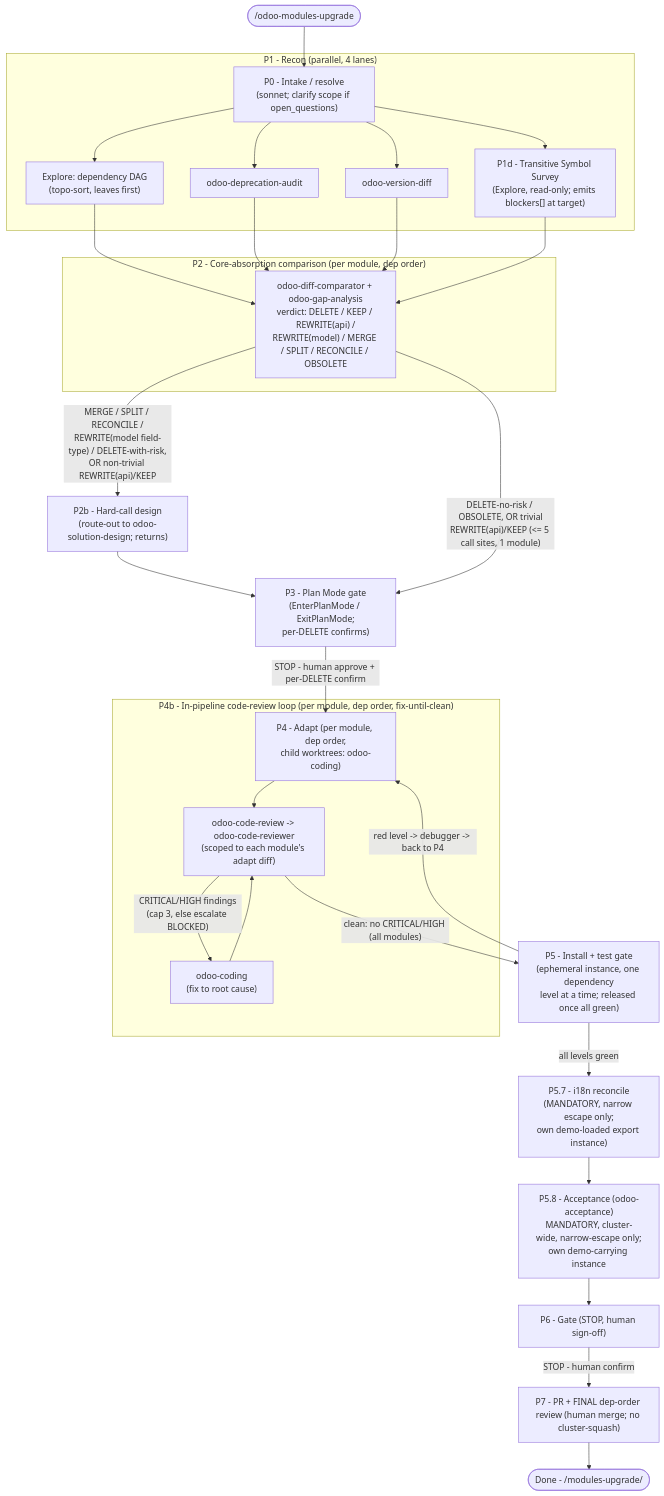
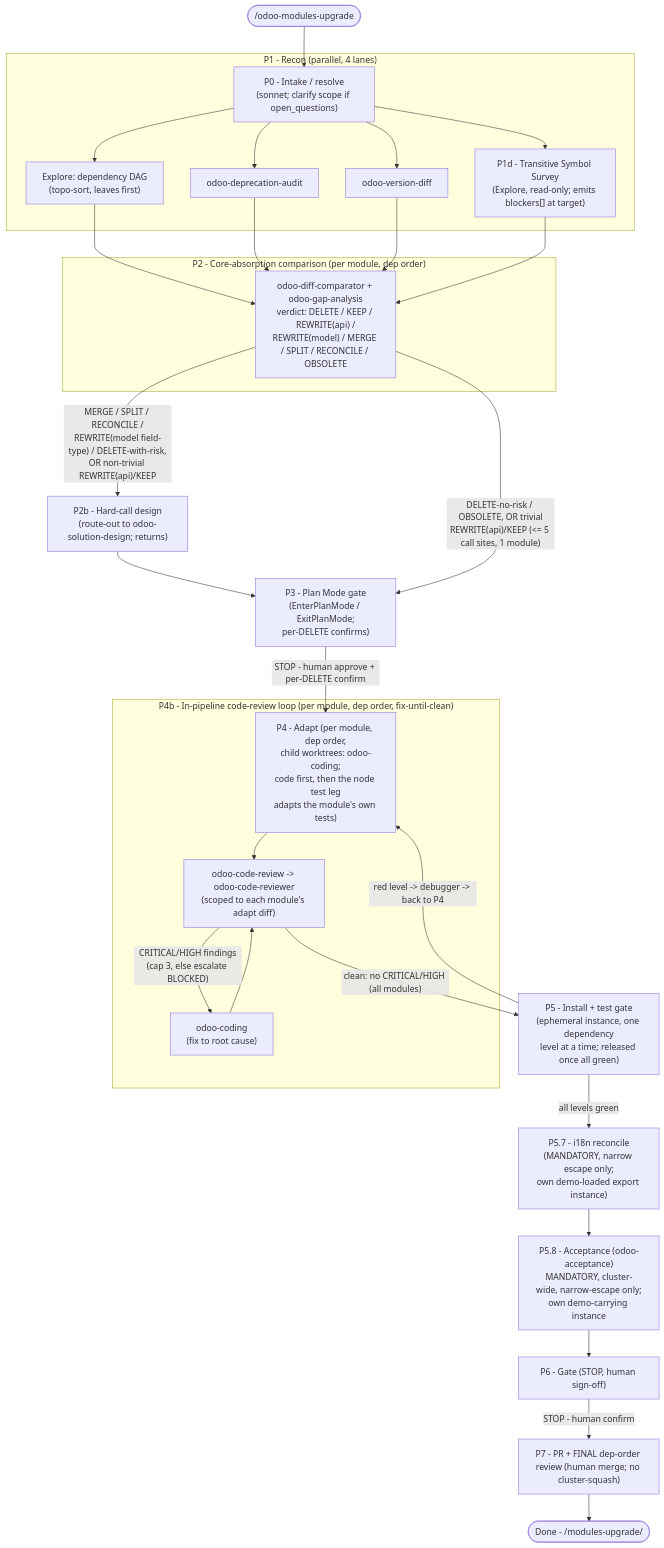
One commit to Viindoo/odoo-mcp-client changed the seventh of 9 diagrams in plugins/odoo-ai-agents/README.md. Above: the diagram before and after it, drawn with Mermaid. The commit also changed other lines of this file and 13 other files, not shown here.

First line of the commit message:
docs(odoo-ai-agents): describe the code-then-test leg and launch rule

````diff
--- a/plugins/odoo-ai-agents/README.md
+++ b/plugins/odoo-ai-agents/README.md
@@ -536,38 +551,38 @@
 ```mermaid
 flowchart TD
     START(["/odoo-modules-upgrade"])
     START --> P0["P0 - Intake / resolve<br/>(sonnet; clarify scope if open_questions)"]
 
     subgraph P1_grp["P1 - Recon (parallel, 4 lanes)"]
         P0 --> R1["Explore: dependency DAG<br/>(topo-sort, leaves first)"]
         P0 --> R2["odoo-deprecation-audit"]
         P0 --> R3["odoo-version-diff"]
         P0 --> R4["P1d - Transitive Symbol Survey<br/>(Explore, read-only; emits blockers[] at target)"]
     end
 
     subgraph P2_grp["P2 - Core-absorption comparison (per module, dep order)"]
         R1 --> CMP["odoo-diff-comparator + odoo-gap-analysis<br/>verdict: DELETE / KEEP / REWRITE(api) /<br/>REWRITE(model) / MERGE / SPLIT / RECONCILE / OBSOLETE"]
     end
     R2 --> CMP
     R3 --> CMP
     R4 --> CMP
 
     CMP -->|"MERGE / SPLIT / RECONCILE /<br/>REWRITE(model field-type) / DELETE-with-risk,<br/>OR non-trivial REWRITE(api)/KEEP"| P2b["P2b - Hard-call design<br/>(route-out to odoo-solution-design; returns)"]
     P2b --> P3_gate
     CMP -->|"DELETE-no-risk / OBSOLETE, OR trivial<br/>REWRITE(api)/KEEP (<= 5 call sites, 1 module)"| P3_gate["P3 - Plan Mode gate<br/>(EnterPlanMode / ExitPlanMode;<br/>per-DELETE confirms)"]
-    P3_gate -->|"STOP - human approve + per-DELETE confirm"| P4["P4 - Adapt (per module, dep order,<br/>child worktrees: odoo-coding)"]
+    P3_gate -->|"STOP - human approve + per-DELETE confirm"| P4["P4 - Adapt (per module, dep order,<br/>child worktrees: odoo-coding;<br/>code first, then the node test leg<br/>adapts the module's own tests)"]
 
     subgraph P4b_grp["P4b - In-pipeline code-review loop (per module, dep order, fix-until-clean)"]
         P4 --> RV["odoo-code-review -> odoo-code-reviewer<br/>(scoped to each module's adapt diff)"]
         RV -->|"CRITICAL/HIGH findings<br/>(cap 3, else escalate BLOCKED)"| FX["odoo-coding<br/>(fix to root cause)"]
         FX --> RV
     end
 
     RV -->|"clean: no CRITICAL/HIGH (all modules)"| P5["P5 - Install + test gate<br/>(ephemeral instance, one dependency<br/>level at a time; released once all green)"]
     P5 -->|"red level -> debugger -> back to P4"| P4
     P5 -->|"all levels green"| P57["P5.7 - i18n reconcile<br/>(MANDATORY, narrow escape only;<br/>own demo-loaded export instance)"]
     P57 --> P58["P5.8 - Acceptance (odoo-acceptance)<br/>MANDATORY, cluster-wide, narrow-escape only;<br/>own demo-carrying instance"]
     P58 --> P6["P6 - Gate (STOP, human sign-off)"]
     P6 -->|"STOP - human confirm"| P7["P7 - PR + FINAL dep-order review (human merge; no cluster-squash)"]
     P7 --> DONE(["Done - <ISOLATE_DIR>/modules-upgrade/"])
 ```
````
